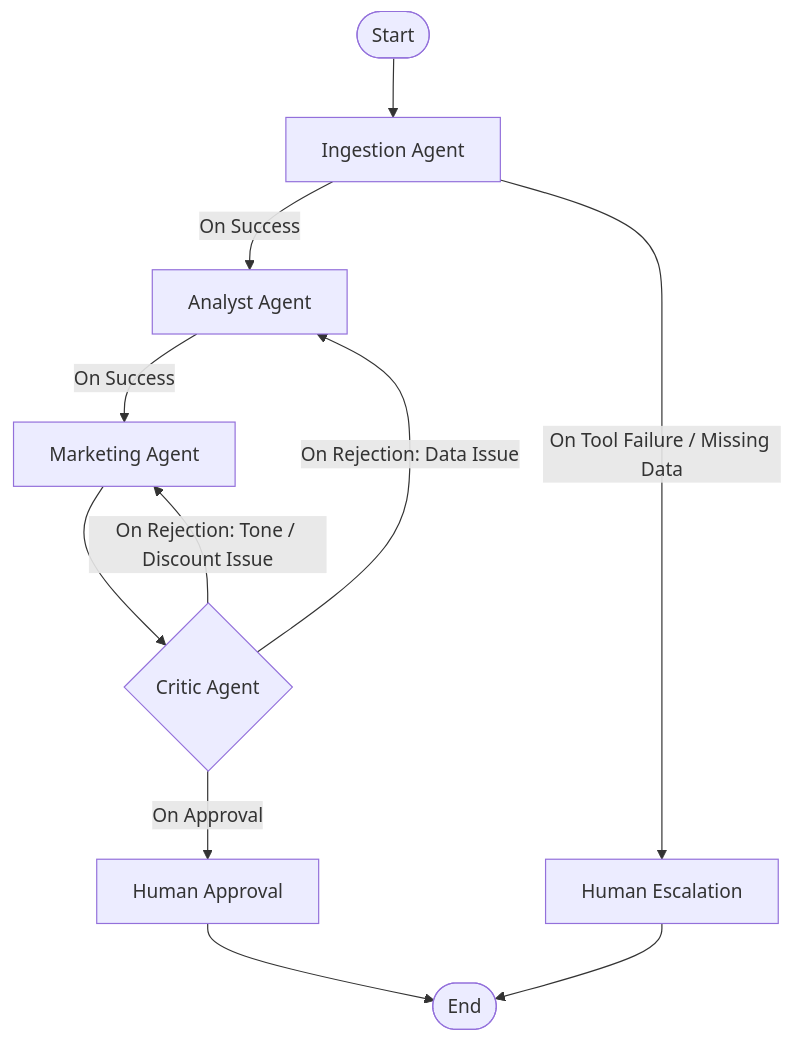
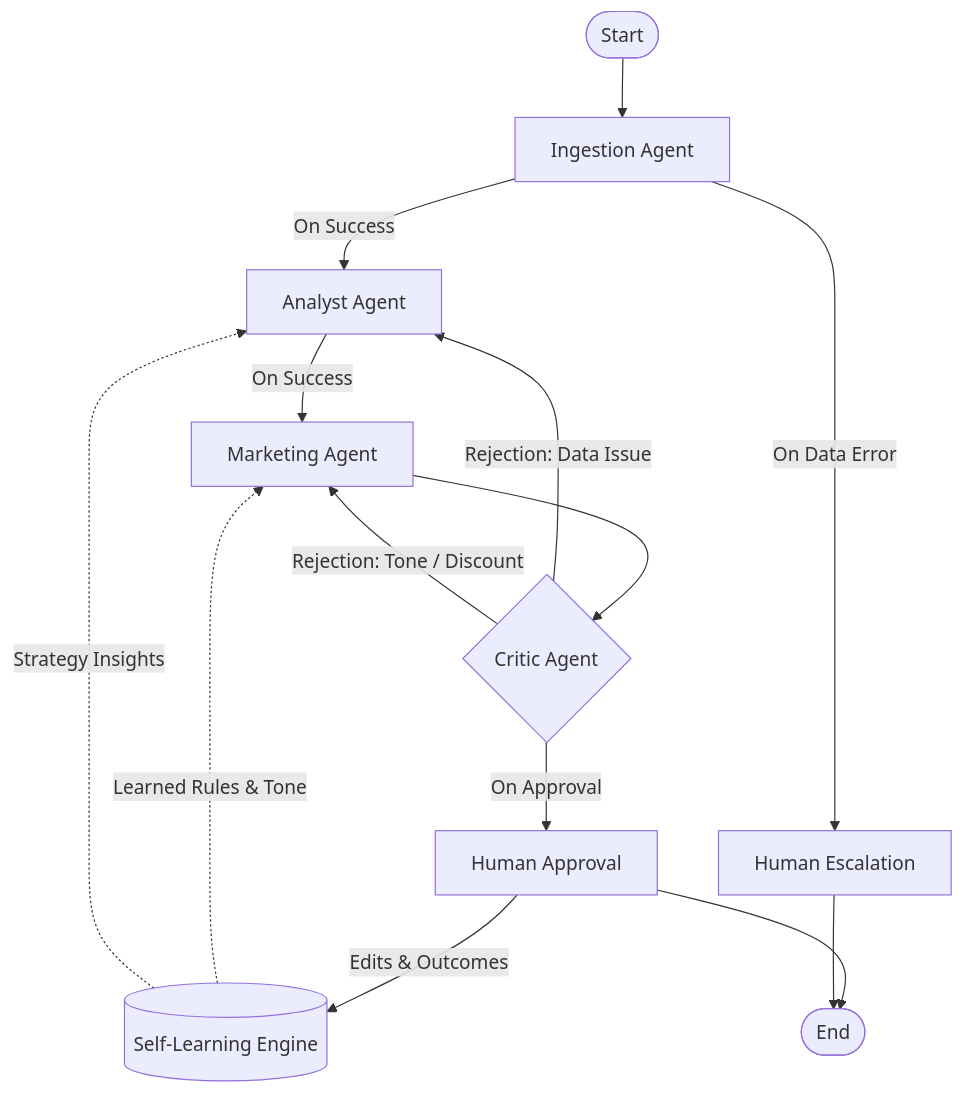
The diagram in README.md (ashwath-tech/micro-entrepreneur-growth-worker), drawn with Mermaid before and after one commit. The commit also changed other lines of this file and 14 other files, not shown here.

Commit message:
made agent self-improving

````diff
--- a/README.md
+++ b/README.md
@@ -23,17 +38,21 @@
 ```mermaid
 flowchart TD
     START([Start]) --> IngestionAgent[Ingestion Agent]
     
     IngestionAgent -->|On Success| AnalystAgent[Analyst Agent]
-    IngestionAgent -->|On Tool Failure / Missing Data| HumanEscalation[Human Escalation]
+    IngestionAgent -->|On Data Error| HumanEscalation[Human Escalation]
     
     AnalystAgent -->|On Success| MarketingAgent[Marketing Agent]
     MarketingAgent --> CriticAgent{Critic Agent}
     
-    CriticAgent -->|On Rejection: Data Issue| AnalystAgent
-    CriticAgent -->|On Rejection: Tone / Discount Issue| MarketingAgent
+    CriticAgent -->|Rejection: Data Issue| AnalystAgent
+    CriticAgent -->|Rejection: Tone / Discount| MarketingAgent
     CriticAgent -->|On Approval| HumanApproval[Human Approval]
+    
+    HumanApproval -->|Edits & Outcomes| SelfLearning[(Self-Learning Engine)]
+    SelfLearning -.->|Learned Rules & Tone| MarketingAgent
+    SelfLearning -.->|Strategy Insights| AnalystAgent
     
     HumanApproval --> END([End])
     HumanEscalation --> END
 ```
````
